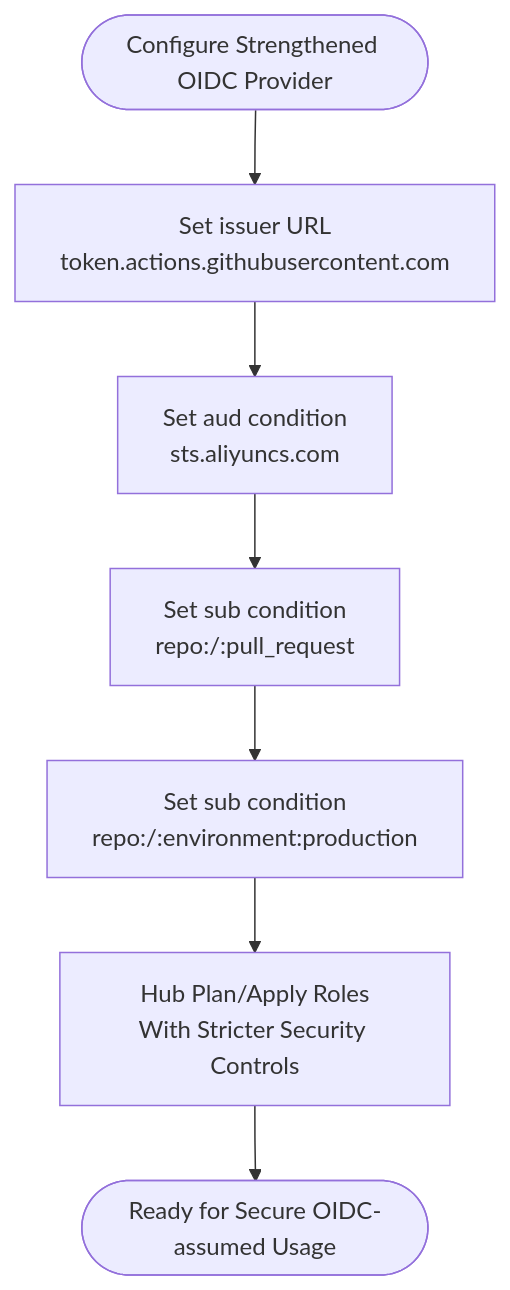
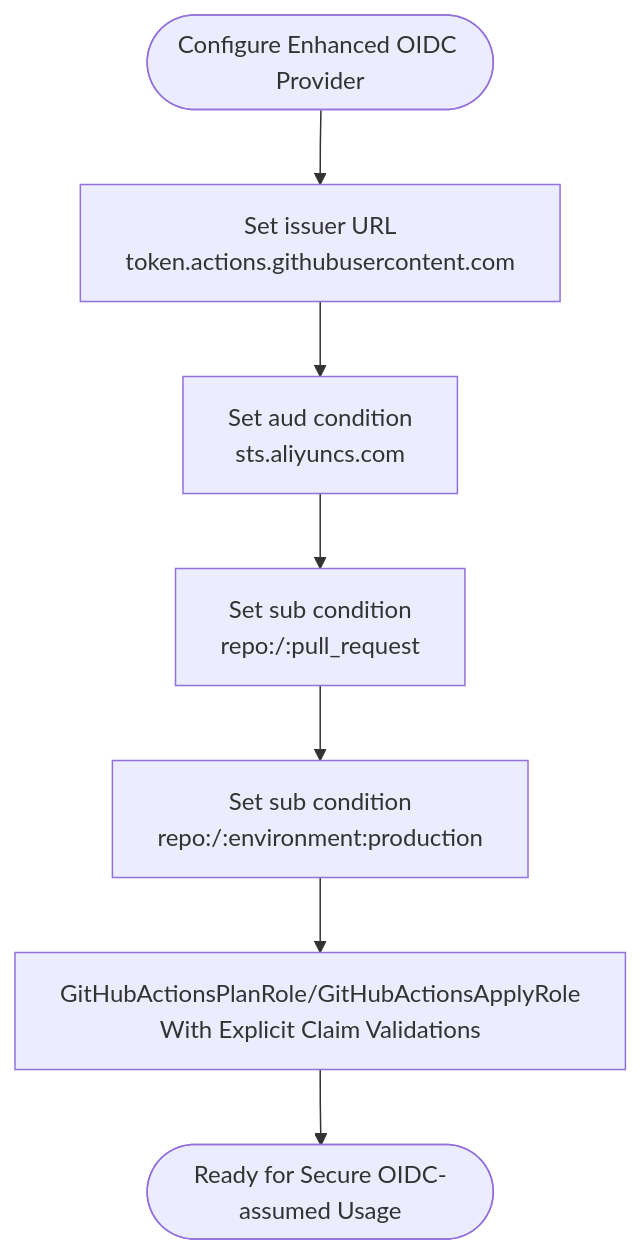
The fourth of 9 diagrams in .qoder/repowiki/en/content/Bootstrap Infrastructure/CI_CD Foundation.md (AlibabaCloudLandingZone/alibabacloud-landingzone-accelerator-github-demo), drawn with Mermaid before and after one commit. The commit also changed other lines of this file and 35 other files, not shown here.

````diff
--- a/.qoder/repowiki/en/content/Bootstrap Infrastructure/CI_CD Foundation.md
+++ b/.qoder/repowiki/en/content/Bootstrap Infrastructure/CI_CD Foundation.md
@@ -206,9 +221,9 @@
 ```mermaid
 flowchart TD
-Start(["Configure Strengthened OIDC Provider"]) --> Issuer["Set issuer URL<br/>token.actions.githubusercontent.com"]
+Start(["Configure Enhanced OIDC Provider"]) --> Issuer["Set issuer URL<br/>token.actions.githubusercontent.com"]
 Issuer --> Audience["Set aud condition<br/>sts.aliyuncs.com"]
 Audience --> Repo["Set sub condition<br/>repo:<org>/<repo>:pull_request"]
 Repo --> Prod["Set sub condition<br/>repo:<org>/<repo>:environment:production"]
-Prod --> Roles["Hub Plan/Apply Roles<br/>With Stricter Security Controls"]
+Prod --> Roles["GitHubActionsPlanRole/GitHubActionsApplyRole<br/>With Explicit Claim Validations"]
 Roles --> End(["Ready for Secure OIDC-assumed Usage"])
 ```
````
